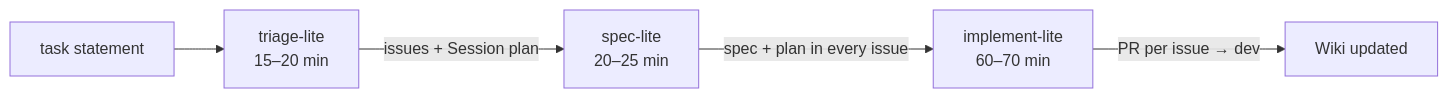
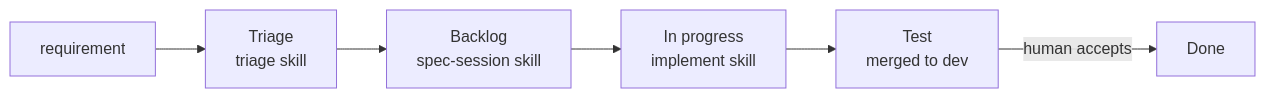
One commit to PavelRavvich/agbossjs changed the diagram in Delivery-Pipeline.md. Above: the diagram before and after it, drawn with Mermaid. The commit also changed other lines of this file and 1 other file, not shown here.

````diff
--- a/Delivery-Pipeline.md
+++ b/Delivery-Pipeline.md
@@ -6,7 +6,8 @@
 ```mermaid
 flowchart LR
-  T[task statement] --> TR[triage-lite<br/>15–20 min]
-  TR -->|issues + Session plan| SP[spec-lite<br/>20–25 min]
-  SP -->|spec + plan in every issue| IM[implement-lite<br/>60–70 min]
-  IM -->|PR per issue → dev| W[Wiki updated]
+  R[requirement] --> T[Triage<br/>triage skill]
+  T --> B[Backlog<br/>spec-session skill]
+  B --> P[In progress<br/>implement skill]
+  P --> X[Test<br/>merged to dev]
+  X -->|human accepts| D[Done]
 ```
````
